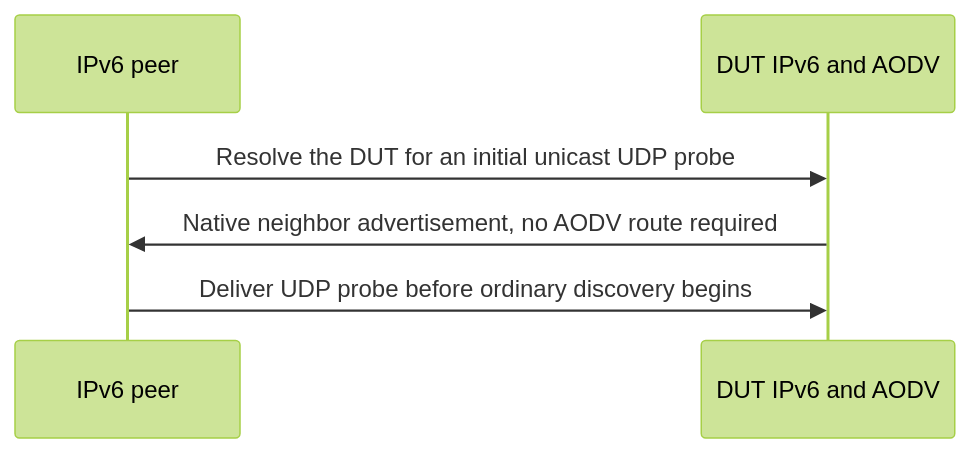
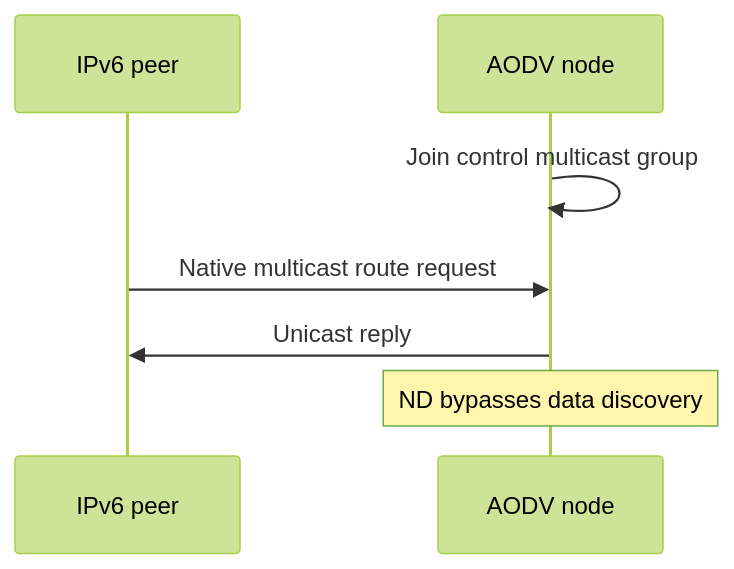
Before and after one commit to mgonzalezlopezudc/inet: the diagram in tests/protocol/aodv/ipv6-compatibility.md, drawn with Mermaid (forest theme). The commit also changed other lines of this file and 6 other files, not shown here.

First line of the commit message:
aodv: fix: receive native IPv6 multicast route requests

````diff
--- a/tests/protocol/aodv/ipv6-compatibility.md
+++ b/tests/protocol/aodv/ipv6-compatibility.md
@@ -7,8 +7,9 @@
 ```mermaid
 sequenceDiagram
     participant P as IPv6 peer
-    participant D as DUT IPv6 and AODV
-    P->>D: Resolve the DUT for an initial unicast UDP probe
-    D->>P: Native neighbor advertisement, no AODV route required
-    P->>D: Deliver UDP probe before ordinary discovery begins
+    participant A as AODV node
+    A->>A: Join control multicast group
+    P->>A: Native multicast route request
+    A->>P: Unicast reply
+    Note over A: ND bypasses data discovery
 ```
````
